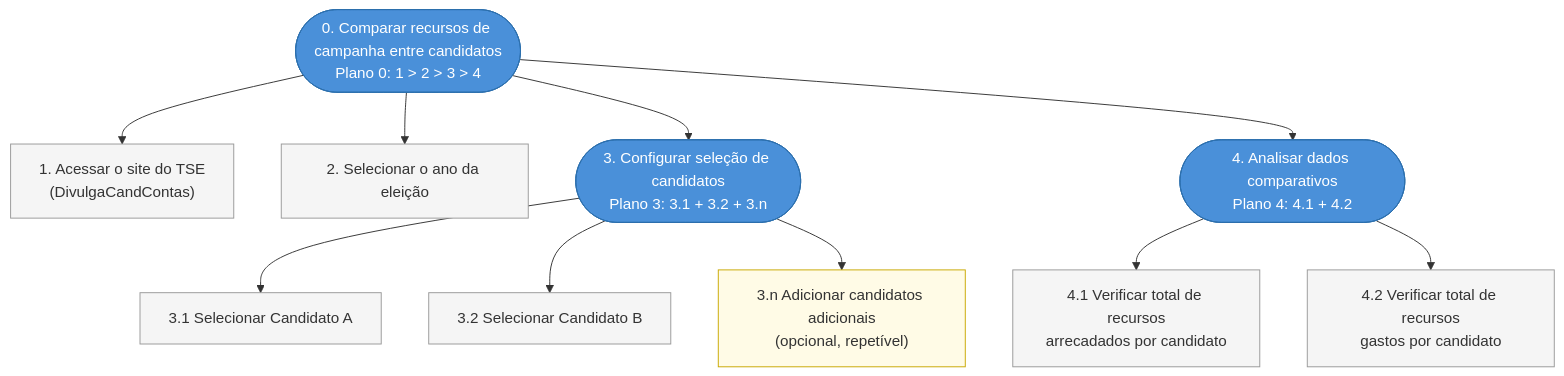
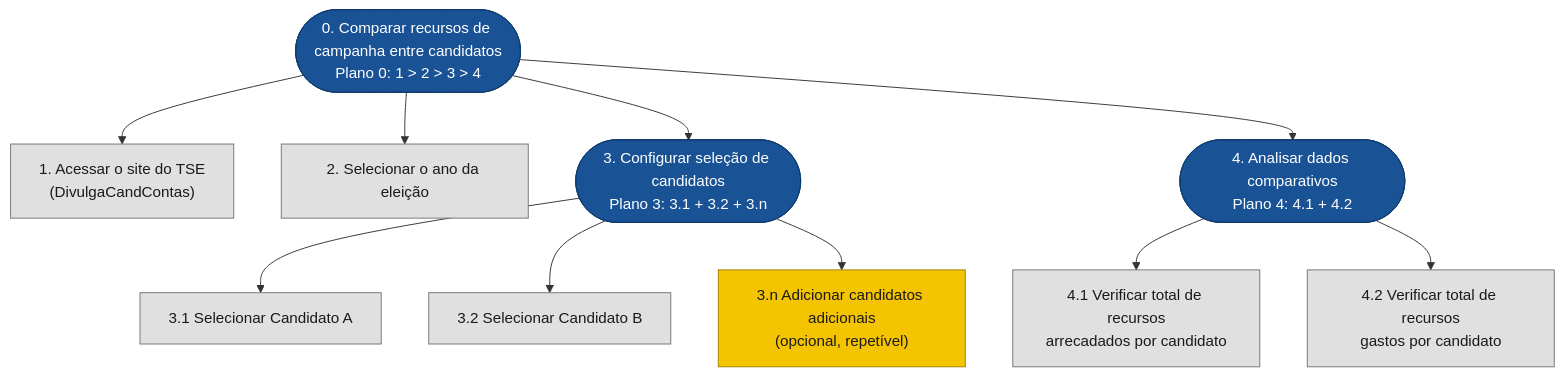
Before and after one commit to Interacao-Humano-Computador/2026.1-Grupo02: the first of 2 diagrams in docs/Analise de Requisitos/Analise de Tarefas/ComparativoCandidatos.md, drawn with Mermaid. The commit also changed other lines of this file, not shown here.

Commit message:
fix: Arrumando cores dos diagramas para melhorar contraste entre a cor da fonte e do nodo

````diff
--- a/docs/Analise de Requisitos/Analise de Tarefas/ComparativoCandidatos.md
+++ b/docs/Analise de Requisitos/Analise de Tarefas/ComparativoCandidatos.md
@@ -39,39 +39,32 @@
 ```mermaid
 graph TD
     0(["0. Comparar recursos de campanha entre candidatos<br/>Plano 0: 1 &gt; 2 &gt; 3 &gt; 4"])
-
     1["1. Acessar o site do TSE<br/>(DivulgaCandContas)"]
     2["2. Selecionar o ano da eleição"]
     3(["3. Configurar seleção de candidatos<br/>Plano 3: 3.1 + 3.2 + 3.n"])
     4(["4. Analisar dados comparativos<br/>Plano 4: 4.1 + 4.2"])
-
     3_1["3.1 Selecionar Candidato A"]
     3_2["3.2 Selecionar Candidato B"]
     3_n["3.n Adicionar candidatos adicionais<br/>(opcional, repetível)"]
-
     4_1["4.1 Verificar total de recursos<br/>arrecadados por candidato"]
     4_2["4.2 Verificar total de recursos<br/>gastos por candidato"]
-
     0 --> 1
     0 --> 2
     0 --> 3
     0 --> 4
-
     3 --> 3_1
     3 --> 3_2
     3 --> 3_n
-
     4 --> 4_1
     4 --> 4_2
-
-    style 0 fill:#4A90D9,color:#fff,stroke:#2c6fad
-    style 3 fill:#4A90D9,color:#fff,stroke:#2c6fad
-    style 4 fill:#4A90D9,color:#fff,stroke:#2c6fad
-    style 1 fill:#f5f5f5,stroke:#999
-    style 2 fill:#f5f5f5,stroke:#999
-    style 3_1 fill:#f5f5f5,stroke:#999
-    style 3_2 fill:#f5f5f5,stroke:#999
-    style 3_n fill:#fffbe6,stroke:#c9a800
-    style 4_1 fill:#f5f5f5,stroke:#999
-    style 4_2 fill:#f5f5f5,stroke:#999
+    style 0 fill:#1a5296,color:#ffffff,stroke:#0d3a6e
+    style 3 fill:#1a5296,color:#ffffff,stroke:#0d3a6e
+    style 4 fill:#1a5296,color:#ffffff,stroke:#0d3a6e
+    style 1 fill:#e0e0e0,color:#1a1a1a,stroke:#757575
+    style 2 fill:#e0e0e0,color:#1a1a1a,stroke:#757575
+    style 3_1 fill:#e0e0e0,color:#1a1a1a,stroke:#757575
+    style 3_2 fill:#e0e0e0,color:#1a1a1a,stroke:#757575
+    style 3_n fill:#f5c400,color:#1a1a1a,stroke:#a08000
+    style 4_1 fill:#e0e0e0,color:#1a1a1a,stroke:#757575
+    style 4_2 fill:#e0e0e0,color:#1a1a1a,stroke:#757575
 ```
````
